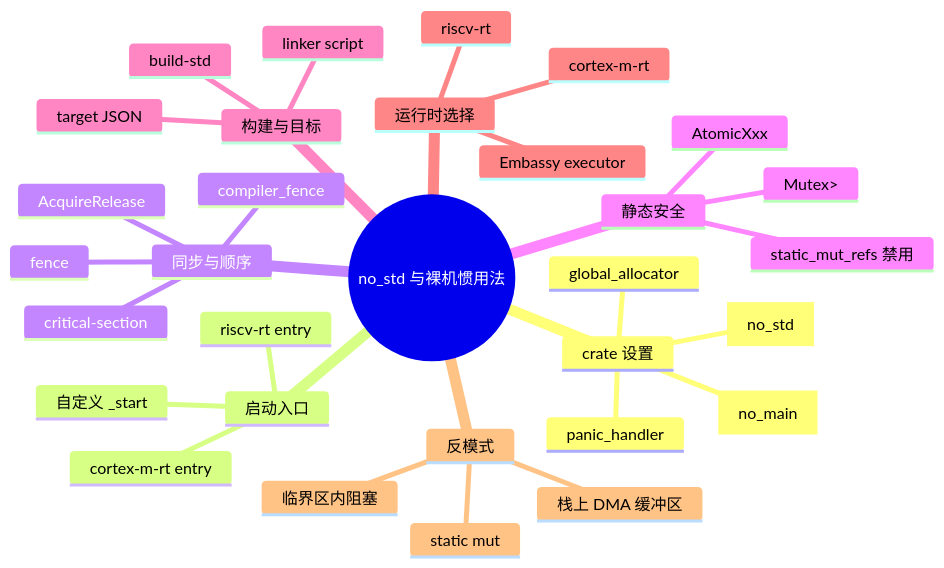
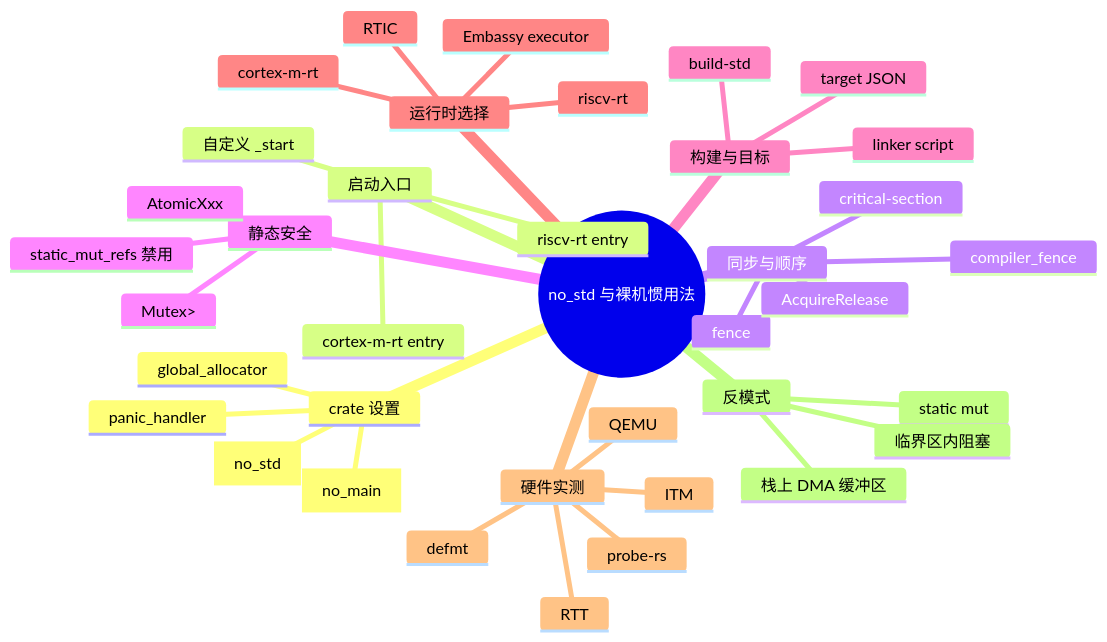
The first of 3 diagrams in concept/06_ecosystem/05_systems_and_embedded/23_no_std_and_bare_metal_idioms.md (martin-ly/rust-lang), drawn with Mermaid before and after one commit. The commit also changed other lines of this file and 133 other files, not shown here.

````diff
--- a/concept/06_ecosystem/05_systems_and_embedded/23_no_std_and_bare_metal_idioms.md
+++ b/concept/06_ecosystem/05_systems_and_embedded/23_no_std_and_bare_metal_idioms.md
@@ -48,34 +56,41 @@
 ```mermaid
 mindmap
   root((no_std 与裸机惯用法))
     crate 设置
       #![no_std]
       #![no_main]
       panic_handler
       global_allocator
     启动入口
       cortex-m-rt entry
       riscv-rt entry
       自定义 _start
     同步与顺序
       critical-section
       compiler_fence
       fence
       AcquireRelease
     静态安全
       static_mut_refs 禁用
       Mutex<RefCell<T>>
       AtomicXxx
     构建与目标
       build-std
       target JSON
       linker script
     运行时选择
       cortex-m-rt
       riscv-rt
       Embassy executor
+      RTIC
+    硬件实测
+      probe-rs
+      defmt
+      RTT
+      ITM
+      QEMU
     反模式
       static mut
       栈上 DMA 缓冲区
       临界区内阻塞
 ```
````
